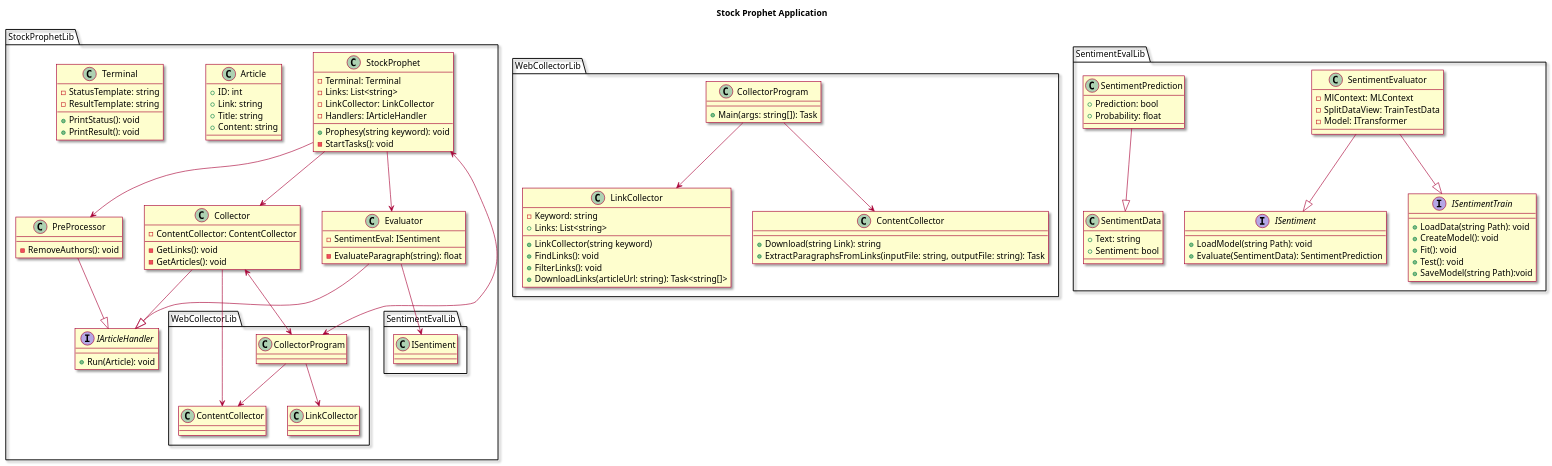
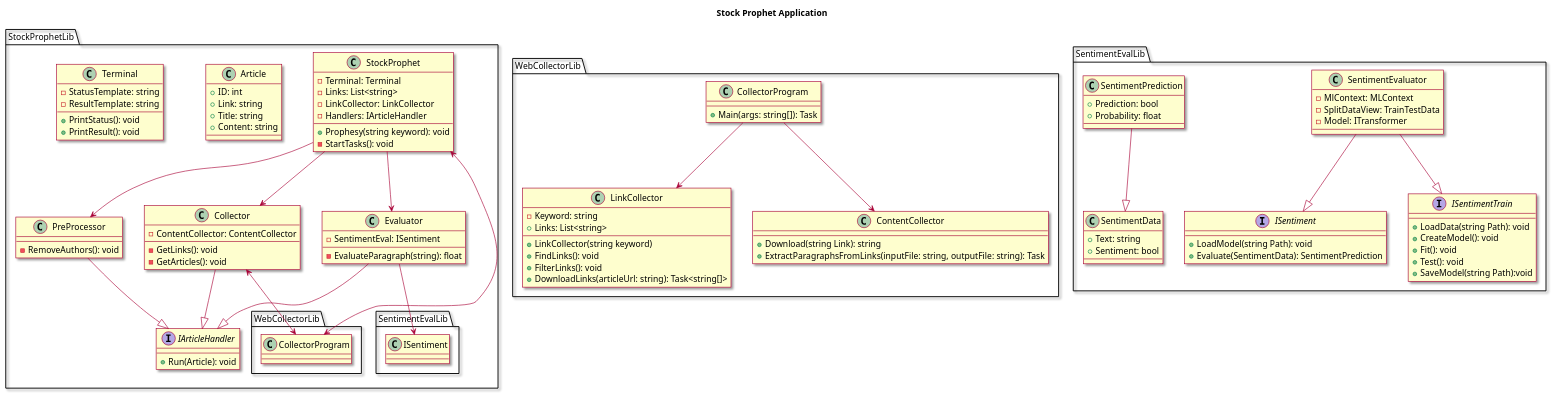
The diagram in doc/classDiagram.plantuml (Ifi-Softwareentwicklung-SoSe2023/TUBAF_SE-Project_StockProphet), drawn with PlantUML before and after one commit. The commit also changed 2 other files, not shown here.

Commit message:
changes in Uml Model Class Diagram -> WebcollectorLib

```diff
--- a/doc/classDiagram.plantuml
+++ b/doc/classDiagram.plantuml
@@ -1,133 +1,132 @@
 @startuml Project Model Class Diagram
 
 skin rose
 
 title Stock Prophet Application
 
 
 package StockProphetLib {
 
     class StockProphet {
         -Terminal: Terminal
         -Links: List<string>
         -LinkCollector: LinkCollector
         -Handlers: IArticleHandler
         +Prophesy(string keyword): void
         -StartTasks(): void
     }
     StockProphet <--> WebCollectorLib.CollectorProgram
     StockProphet --> Collector
     StockProphet --> PreProcessor
     StockProphet --> Evaluator
-    CollectorProgram --> WebCollectorLib.LinkCollector
+    
 
     interface IArticleHandler {
         +Run(Article): void
     }
 
 
     class Collector {
         -ContentCollector: ContentCollector
         -GetLinks(): void
         -GetArticles(): void
     }
     Collector --|> IArticleHandler
-    Collector --> WebCollectorLib.ContentCollector
     Collector <--> WebCollectorLib.CollectorProgram
-    CollectorProgram --> WebCollectorLib.ContentCollector
+    
 
     class PreProcessor {
         -RemoveAuthors(): void
     }
     PreProcessor --|> IArticleHandler
 
 
     class Evaluator {
         -SentimentEval: ISentiment
         -EvaluateParagraph(string): float
     }
     Evaluator --|> IArticleHandler
     Evaluator --> SentimentEvalLib.ISentiment
 
 
     class Article {
         +ID: int
         +Link: string
         +Title: string
         +Content: string
     }
 
 
     class Terminal {
         -StatusTemplate: string
         +PrintStatus(): void
         -ResultTemplate: string
         +PrintResult(): void
     }
 }
 
 
 package WebCollectorLib 
 {
     class CollectorProgram {
         +Main(args: string[]): Task
     }
 
     class LinkCollector {
     
         -Keyword: string
         +Links: List<string>
         +LinkCollector(string keyword)
         +FindLinks(): void
         +FilterLinks(): void
         
         +DownloadLinks(articleUrl: string): Task<string[]>
         
     }
 
     class ContentCollector {
          +Download(string Link): string
          +ExtractParagraphsFromLinks(inputFile: string, outputFile: string): Task
          
     }
   CollectorProgram --> LinkCollector
   CollectorProgram --> ContentCollector
 }
 
 
 package SentimentEvalLib 
 {
     interface ISentiment {
         +LoadModel(string Path): void
         +Evaluate(SentimentData): SentimentPrediction
     }
 
     interface ISentimentTrain {
         +LoadData(string Path): void
         +CreateModel(): void
         +Fit(): void
         +Test(): void
         +SaveModel(string Path):void
     }
     
     class SentimentEvaluator {
         -MlContext: MLContext
         -SplitDataView: TrainTestData
         -Model: ITransformer
     }
     SentimentEvaluator --|> ISentiment
     SentimentEvaluator --|> ISentimentTrain
 
     class SentimentData {
         +Text: string
         +Sentiment: bool
     }
 
     class SentimentPrediction {
         +Prediction: bool
         +Probability: float
     }
     SentimentPrediction --|> SentimentData
 }
 
 @enduml
```
